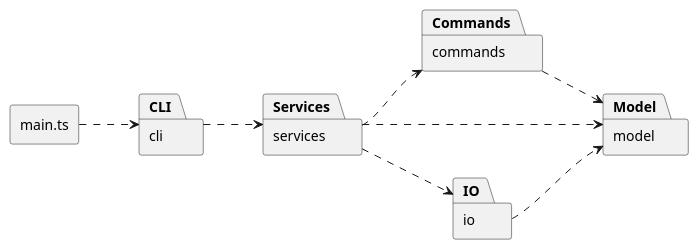
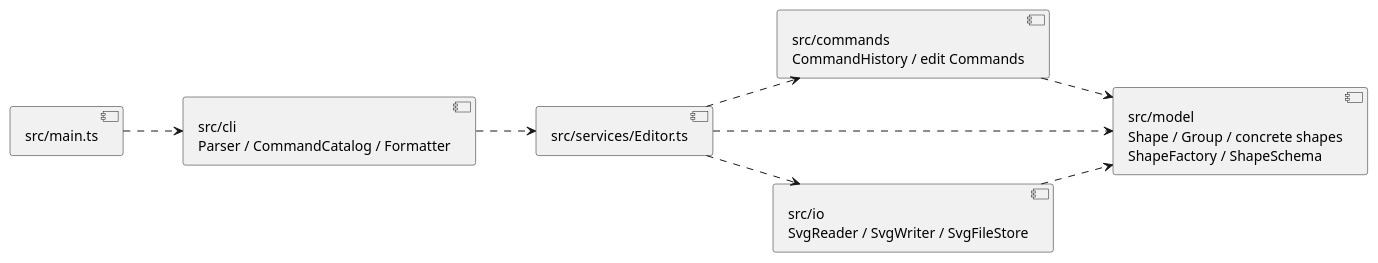
One commit to koko-dodo/svg-editor-cli changed the first of 2 diagrams in doc/README.md. Above: the diagram before and after it, drawn with PlantUML. The commit also changed other lines of this file and 7 other files, not shown here.

Commit message:
docs: finalize phase2 architecture and acceptance report

````diff
--- a/doc/README.md
+++ b/doc/README.md
@@ -42,23 +48,18 @@
 ```plantuml
 @startuml
-skinparam componentStyle rectangle
 left to right direction
-
-component "main.ts" as Main
-
-package "cli" as CLI
-package "services" as Services
-package "commands" as Commands
-package "model" as Model
-package "io" as IO
-
+component "src/main.ts" as Main
+component "src/cli\nParser / CommandCatalog / Formatter" as CLI
+component "src/services/Editor.ts" as Editor
+component "src/commands\nCommandHistory / edit Commands" as Commands
+component "src/model\nShape / Group / concrete shapes\nShapeFactory / ShapeSchema" as Model
+component "src/io\nSvgReader / SvgWriter / SvgFileStore" as IO
 Main ..> CLI
-CLI ..> Services
-Services ..> Commands
-Services ..> Model
-Services ..> IO
+CLI ..> Editor
+Editor ..> Commands
+Editor ..> Model
+Editor ..> IO
 Commands ..> Model
 IO ..> Model
-
 @enduml
 ```
````
